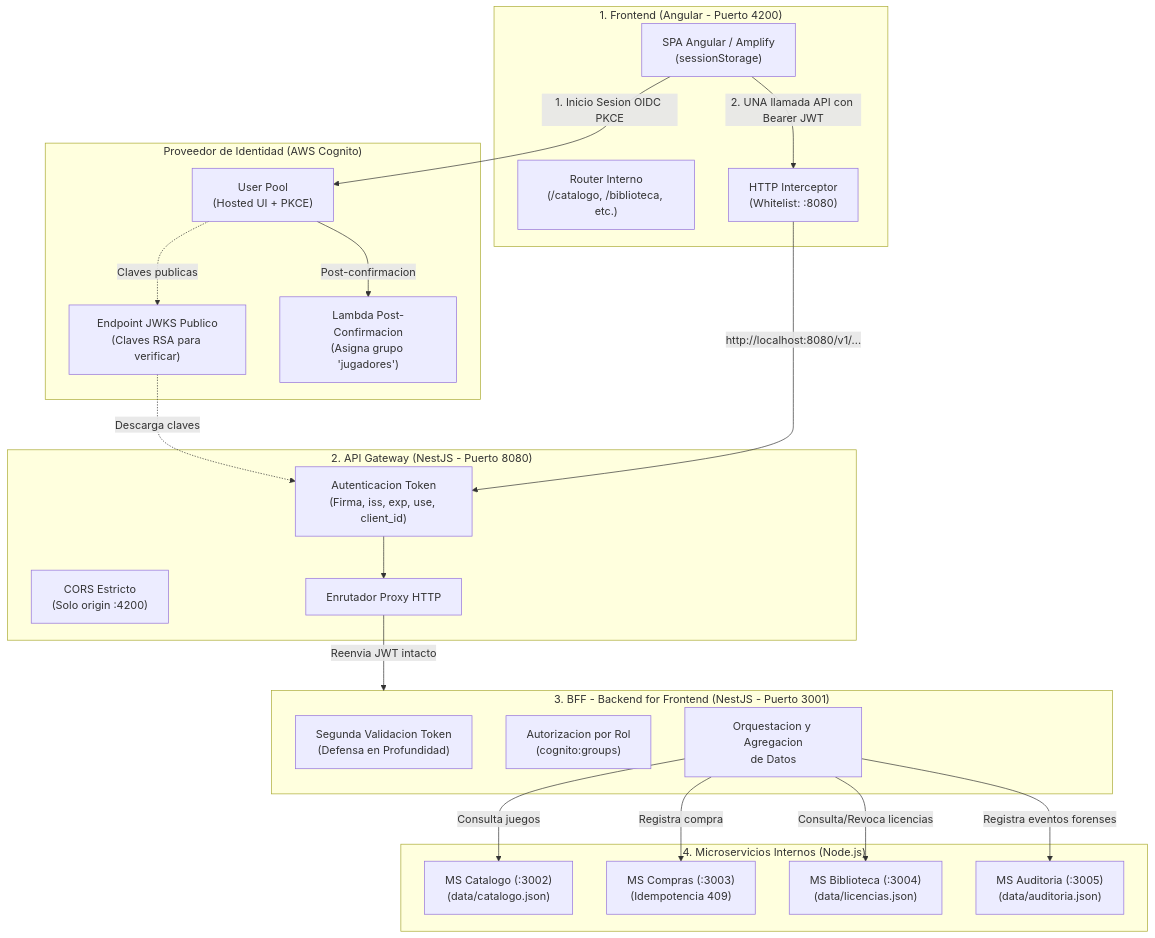
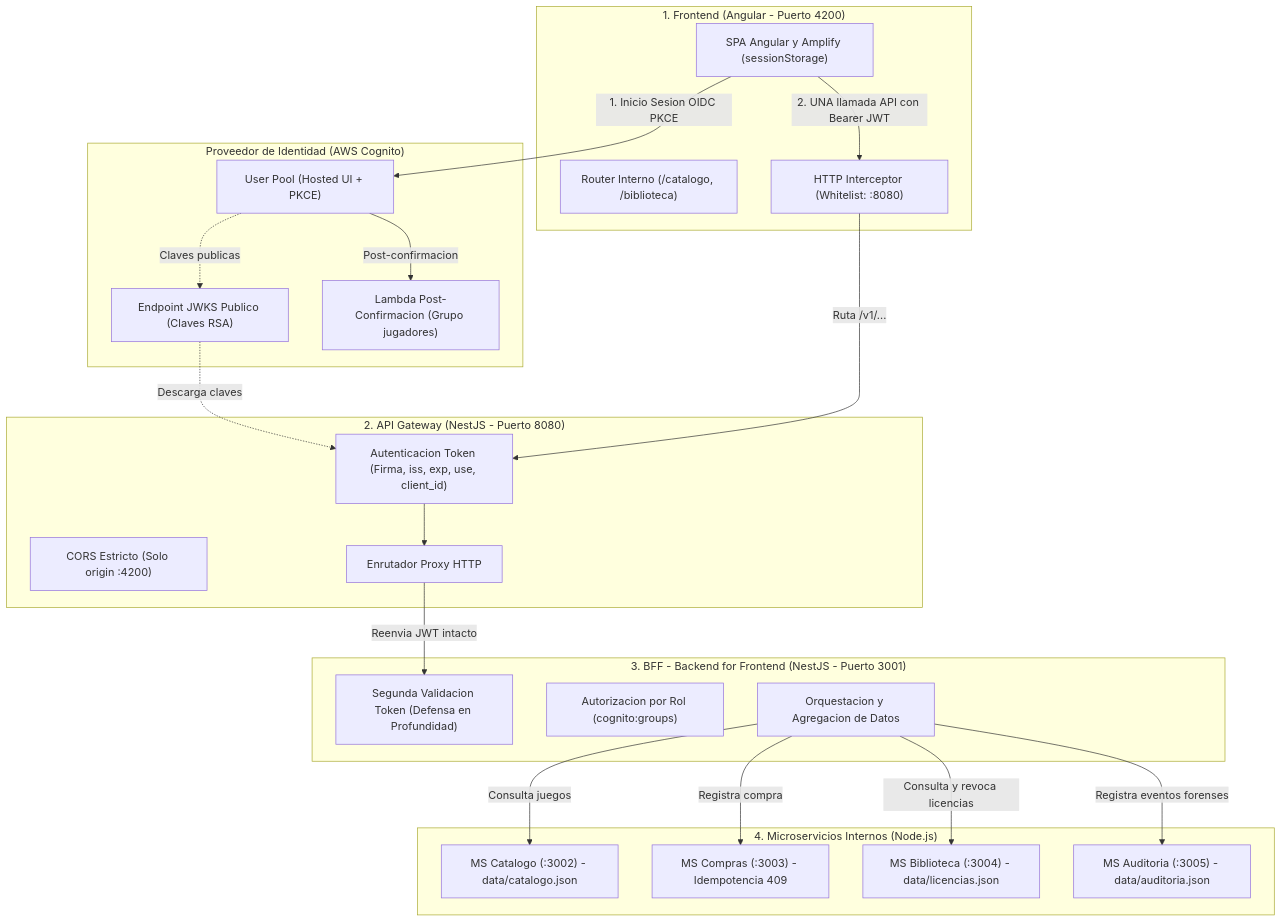
The first of 4 diagrams in README.md (oskr003/vidalstore-ep1-skill), drawn with Mermaid before and after one commit. The commit also changed other lines of this file, not shown here.

Commit message:
docs: simplify and clean up labels in README Mermaid diagrams

````diff
--- a/README.md
+++ b/README.md
@@ -18,48 +18,48 @@
 ```mermaid
 flowchart TD
     subgraph Capa1["1. Frontend (Angular - Puerto 4200)"]
-        SPA["SPA Angular / Amplify<br/>(sessionStorage)"]
-        Router["Router Interno<br/>(/catalogo, /biblioteca, etc.)"]
-        Interceptor["HTTP Interceptor<br/>(Whitelist: :8080)"]
+        SPA["SPA Angular y Amplify (sessionStorage)"]
+        Router["Router Interno (/catalogo, /biblioteca)"]
+        Interceptor["HTTP Interceptor (Whitelist: :8080)"]
     end
 
     subgraph Capa2["2. API Gateway (NestJS - Puerto 8080)"]
-        GWAuth["Autenticacion Token<br/>(Firma, iss, exp, use, client_id)"]
-        GWCors["CORS Estricto<br/>(Solo origin :4200)"]
+        GWAuth["Autenticacion Token (Firma, iss, exp, use, client_id)"]
+        GWCors["CORS Estricto (Solo origin :4200)"]
         GWProxy["Enrutador Proxy HTTP"]
     end
 
     subgraph Cognito["Proveedor de Identidad (AWS Cognito)"]
-        UserPool["User Pool<br/>(Hosted UI + PKCE)"]
-        JWKS["Endpoint JWKS Publico<br/>(Claves RSA para verificar)"]
-        Trigger["Lambda Post-Confirmacion<br/>(Asigna grupo 'jugadores')"]
+        UserPool["User Pool (Hosted UI + PKCE)"]
+        JWKS["Endpoint JWKS Publico (Claves RSA)"]
+        Trigger["Lambda Post-Confirmacion (Grupo jugadores)"]
     end
 
     subgraph Capa3["3. BFF - Backend for Frontend (NestJS - Puerto 3001)"]
-        BFFAuth["Segunda Validacion Token<br/>(Defensa en Profundidad)"]
-        BFFRoles["Autorizacion por Rol<br/>(cognito:groups)"]
-        BFFOrq["Orquestacion y Agregacion<br/>de Datos"]
+        BFFAuth["Segunda Validacion Token (Defensa en Profundidad)"]
+        BFFRoles["Autorizacion por Rol (cognito:groups)"]
+        BFFOrq["Orquestacion y Agregacion de Datos"]
     end
 
     subgraph Capa4["4. Microservicios Internos (Node.js)"]
-        MSCat["MS Catalogo (:3002)<br/>(data/catalogo.json)"]
-        MSCom["MS Compras (:3003)<br/>(Idempotencia 409)"]
-        MSBib["MS Biblioteca (:3004)<br/>(data/licencias.json)"]
-        MSAud["MS Auditoria (:3005)<br/>(data/auditoria.json)"]
+        MSCat["MS Catalogo (:3002) - data/catalogo.json"]
+        MSCom["MS Compras (:3003) - Idempotencia 409"]
+        MSBib["MS Biblioteca (:3004) - data/licencias.json"]
+        MSAud["MS Auditoria (:3005) - data/auditoria.json"]
     end
 
     SPA -->|1. Inicio Sesion OIDC PKCE| UserPool
     UserPool -.->|Claves publicas| JWKS
     JWKS -.->|Descarga claves| GWAuth
     UserPool -->|Post-confirmacion| Trigger
 
     SPA -->|2. UNA llamada API con Bearer JWT| Interceptor
-    Interceptor -->|http://localhost:8080/v1/...| GWAuth
+    Interceptor -->|Ruta /v1/...| GWAuth
     GWAuth --> GWProxy
-    GWProxy -->|Reenvia JWT intacto| Capa3
+    GWProxy -->|Reenvia JWT intacto| BFFAuth
 
     BFFOrq -->|Consulta juegos| MSCat
     BFFOrq -->|Registra compra| MSCom
-    BFFOrq -->|Consulta/Revoca licencias| MSBib
+    BFFOrq -->|Consulta y revoca licencias| MSBib
     BFFOrq -->|Registra eventos forenses| MSAud
 ```
````
